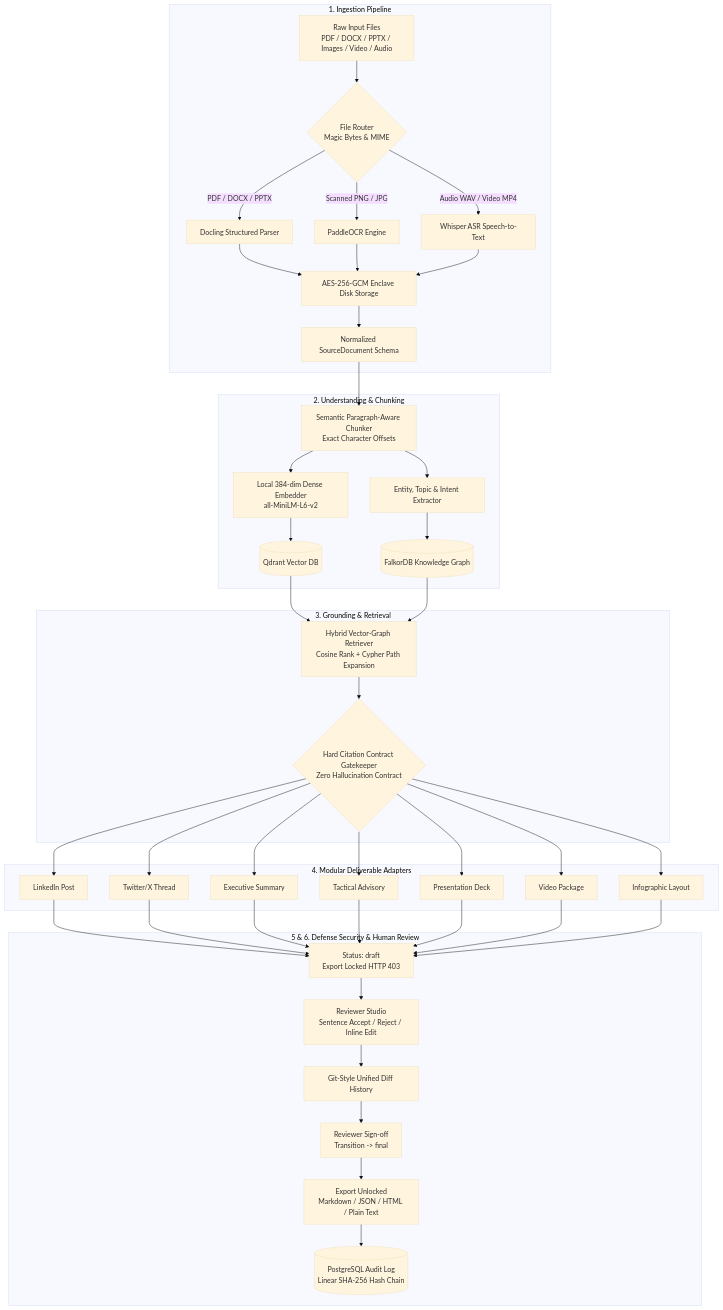
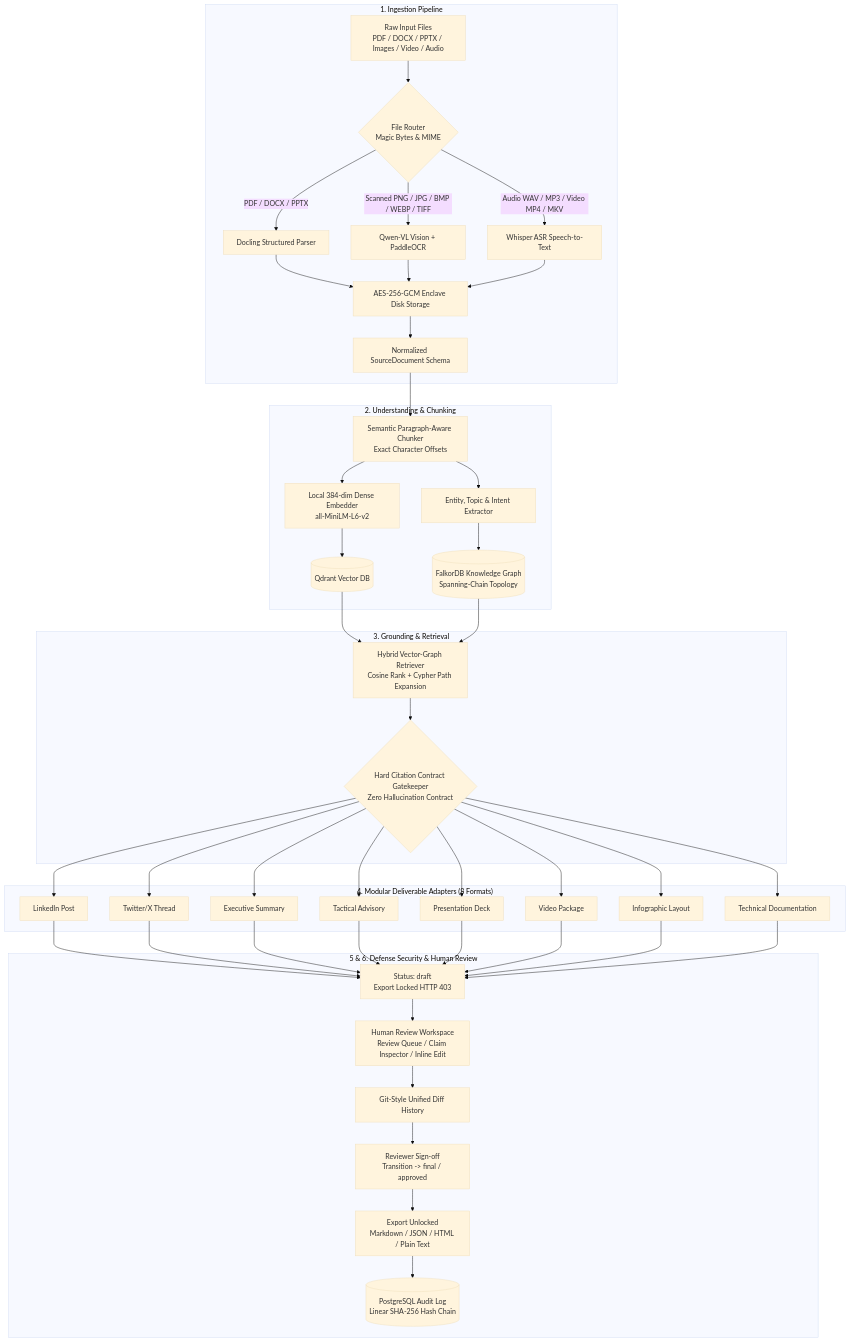
Before and after one commit to AnkitBharadva/Venu: the diagram in docs/ARCHITECTURE.md, drawn with Mermaid (base theme). The commit also changed other lines of this file and 26 other files, not shown here.

````diff
--- a/docs/ARCHITECTURE.md
+++ b/docs/ARCHITECTURE.md
@@ -48,43 +48,44 @@
 ```mermaid
 flowchart TD
     subgraph INGESTION["1. Ingestion Pipeline"]
         SRC[Raw Input Files\nPDF / DOCX / PPTX / Images / Video / Audio] --> ROUTER{File Router\nMagic Bytes & MIME}
         ROUTER -->|PDF / DOCX / PPTX| DOCLING[Docling Structured Parser]
-        ROUTER -->|Scanned PNG / JPG| OCR[PaddleOCR Engine]
-        ROUTER -->|Audio WAV / Video MP4| ASR[Whisper ASR Speech-to-Text]
+        ROUTER -->|Scanned PNG / JPG / BMP / WEBP / TIFF| OCR[Qwen-VL Vision + PaddleOCR]
+        ROUTER -->|Audio WAV / MP3 / Video MP4 / MKV| ASR[Whisper ASR Speech-to-Text]
         DOCLING & OCR & ASR --> AES1[AES-256-GCM Enclave Disk Storage]
         AES1 --> NORM[Normalized SourceDocument Schema]
     end
 
     subgraph UNDERSTANDING["2. Understanding & Chunking"]
         NORM --> CHUNK[Semantic Paragraph-Aware Chunker\nExact Character Offsets]
         CHUNK --> EXTRACT[Entity, Topic & Intent Extractor]
         CHUNK --> EMBED[Local 384-dim Dense Embedder\nall-MiniLM-L6-v2]
         EMBED --> QDRANT[(Qdrant Vector DB)]
-        EXTRACT --> FALKOR[(FalkorDB Knowledge Graph)]
+        EXTRACT --> FALKOR[(FalkorDB Knowledge Graph\nSpanning-Chain Topology)]
     end
 
     subgraph GROUNDING["3. Grounding & Retrieval"]
         QDRANT & FALKOR --> RETRIEVE[Hybrid Vector-Graph Retriever\nCosine Rank + Cypher Path Expansion]
         RETRIEVE --> CONTRACT{Hard Citation Contract Gatekeeper\nZero Hallucination Contract}
     end
 
-    subgraph ADAPTERS["4. Modular Deliverable Adapters"]
+    subgraph ADAPTERS["4. Modular Deliverable Adapters (8 Formats)"]
         CONTRACT --> ADAP_LI[LinkedIn Post]
         CONTRACT --> ADAP_TW[Twitter/X Thread]
         CONTRACT --> ADAP_EX[Executive Summary]
         CONTRACT --> ADAP_ADV[Tactical Advisory]
         CONTRACT --> ADAP_PRES[Presentation Deck]
         CONTRACT --> ADAP_VID[Video Package]
         CONTRACT --> ADAP_INFO[Infographic Layout]
+        CONTRACT --> ADAP_TECH[Technical Documentation]
     end
 
     subgraph SECURITY["5 & 6. Defense Security & Human Review"]
-        ADAP_LI & ADAP_TW & ADAP_EX & ADAP_ADV & ADAP_PRES & ADAP_VID & ADAP_INFO --> DRAFT[Status: draft\nExport Locked HTTP 403]
-        DRAFT --> REVIEW[Reviewer Studio\nSentence Accept / Reject / Inline Edit]
+        ADAP_LI & ADAP_TW & ADAP_EX & ADAP_ADV & ADAP_PRES & ADAP_VID & ADAP_INFO & ADAP_TECH --> DRAFT[Status: draft\nExport Locked HTTP 403]
+        DRAFT --> REVIEW[Human Review Workspace\nReview Queue / Claim Inspector / Inline Edit]
         REVIEW --> DIFF[Git-Style Unified Diff History]
-        DIFF --> SIGN[Reviewer Sign-off\nTransition -> final]
+        DIFF --> SIGN[Reviewer Sign-off\nTransition -> final / approved]
         SIGN --> EXPORT[Export Unlocked\nMarkdown / JSON / HTML / Plain Text]
         EXPORT --> AUDIT[(PostgreSQL Audit Log\nLinear SHA-256 Hash Chain)]
     end
 ```
````
